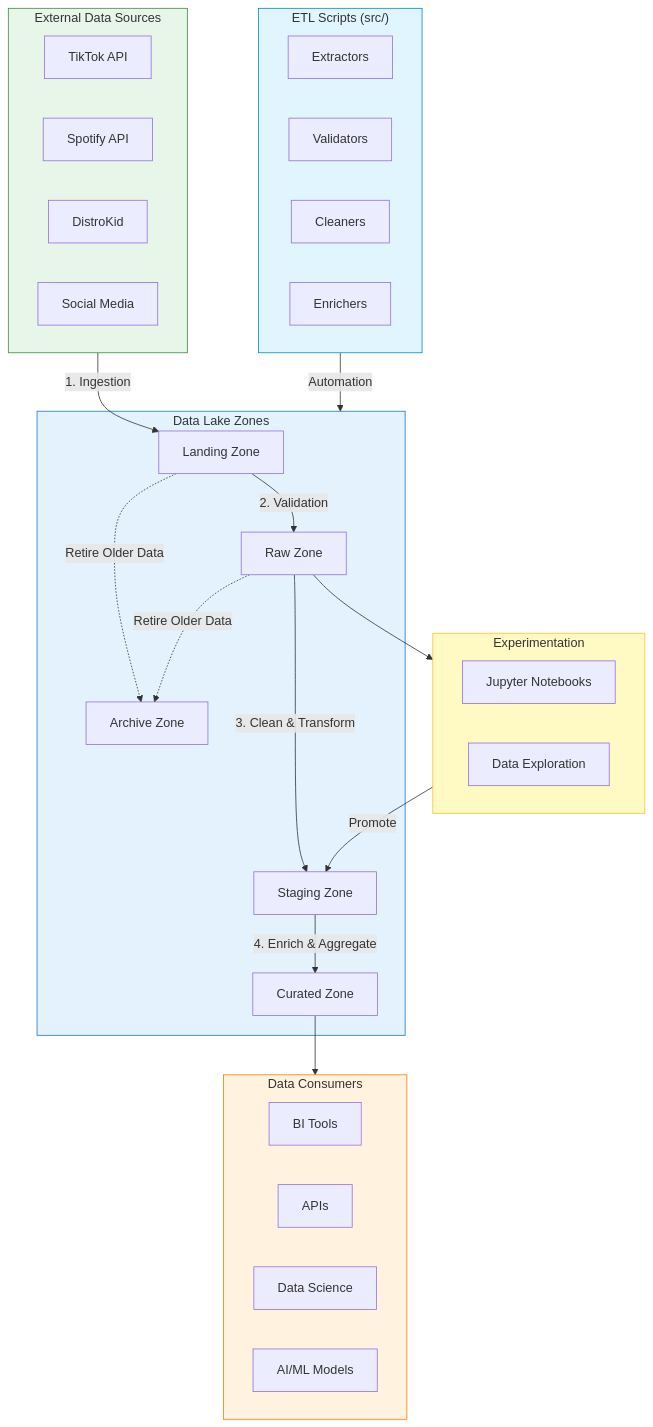
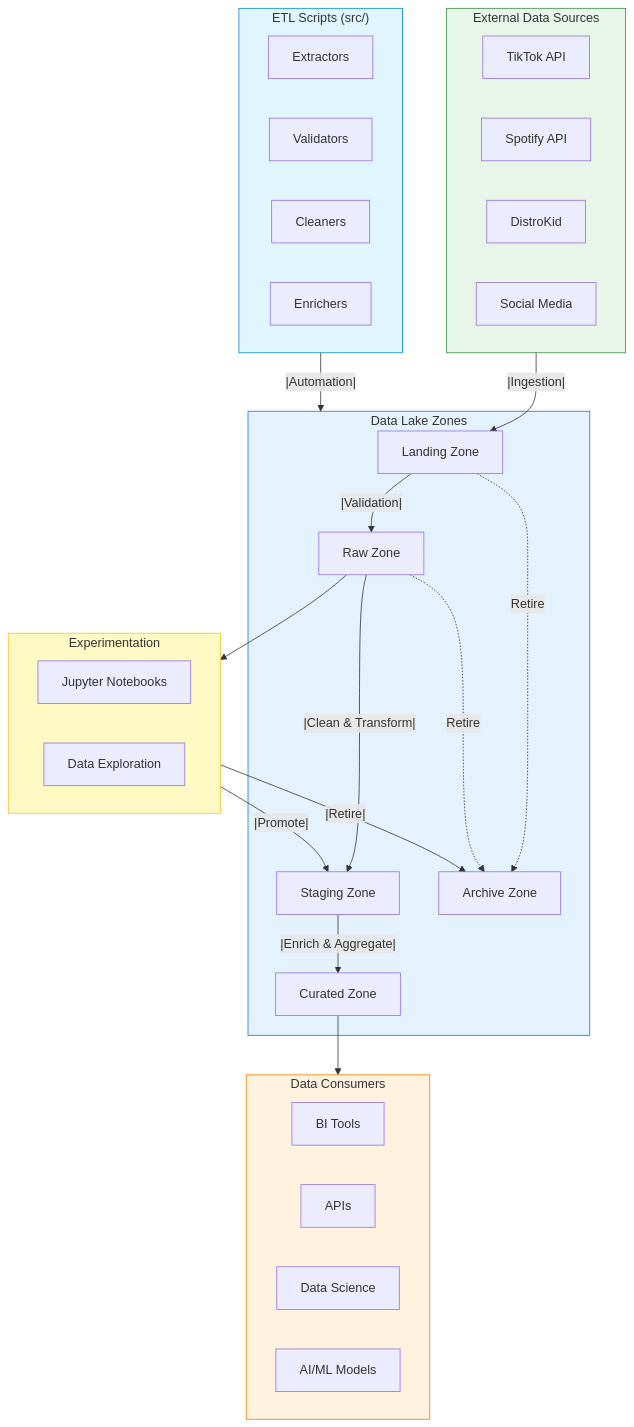
Before and after one commit to blakedemarest/bedrot-data-lake: the second of 18 diagrams in BEDROT_Data_Lake_Analysis.md, drawn with Mermaid. The commit also changed other lines of this file and 3 other files, not shown here.

````diff
--- a/BEDROT_Data_Lake_Analysis.md
+++ b/BEDROT_Data_Lake_Analysis.md
@@ -111,62 +113,63 @@
 ```mermaid
 flowchart TD
     subgraph External["External Data Sources"]
         TikTok["TikTok API"]
         Spotify["Spotify API"]
         DistroKid["DistroKid"]
         Social["Social Media"]
     end
 
     subgraph Lake["Data Lake Zones"]
         Landing["Landing Zone"]
         Raw["Raw Zone"]
         Staging["Staging Zone"]
         Curated["Curated Zone"]
         Archive["Archive Zone"]
     end
 
     subgraph Scripts["ETL Scripts (src/)"]
         Extractors["Extractors"]
         Validators["Validators"]
         Cleaners["Cleaners"]
         Enrichers["Enrichers"]
     end
 
     subgraph Consumers["Data Consumers"]
         BI["BI Tools"]
         APIs["APIs"]
         DataScience["Data Science"]
         AI["AI/ML Models"]
     end
 
     subgraph Sandbox["Experimentation"]
         Jupyter["Jupyter Notebooks"]
         Exploration["Data Exploration"]
     end
 
-    External --> |"1. Ingestion"| Landing
-    Landing --> |"2. Validation"| Raw
-    Raw --> |"3. Clean & Transform"| Staging
-    Staging --> |"4. Enrich & Aggregate"| Curated
+    External --|Ingestion|--> Landing
+    Landing --|Validation|--> Raw
+    Raw --|Clean & Transform|--> Staging
+    Staging --|Enrich & Aggregate|--> Curated
     
-    Landing -.-> |"Retire Older Data"| Archive
-    Raw -.-> |"Retire Older Data"| Archive
+    Landing -.->|Retire| Archive
+    Raw -.->|Retire| Archive
 
-    Scripts --> |"Automation"| Lake
+    Scripts --|Automation|--> Lake
     
     Curated --> Consumers
     Raw --> Sandbox
-    Sandbox --> |"Promote"| Staging
+    Sandbox --|Promote|--> Staging
+    Sandbox --|Retire|--> Archive
 
     classDef external fill:#e8f5e9,stroke:#388e3c
     classDef lake fill:#e3f2fd,stroke:#1976d2
     classDef scripts fill:#e1f5fe,stroke:#0288d1
     classDef consumers fill:#fff3e0,stroke:#f57c00
     classDef sandbox fill:#fff9c4,stroke:#fbc02d
     
     class External external
     class Lake lake
     class Scripts scripts
     class Consumers consumers
     class Sandbox sandbox
 ```
````
